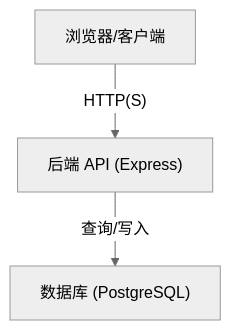
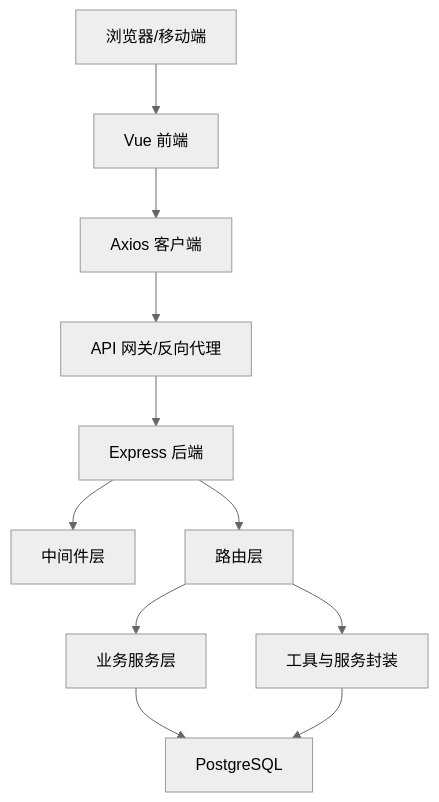
One commit to Juny09/inventory_system changed the second of 7 diagrams in .qoder/repowiki/zh/content/系统架构/系统架构.md. Above: the diagram before and after it, drawn with Mermaid (neutral theme). The commit also changed other lines of this file and 171 other files, not shown here.

````diff
--- a/.qoder/repowiki/zh/content/系统架构/系统架构.md
+++ b/.qoder/repowiki/zh/content/系统架构/系统架构.md
@@ -120,8 +130,23 @@
 ```mermaid
 graph TB
-FE["浏览器/客户端"]
-API["后端 API (Express)"]
-DB["数据库 (PostgreSQL)"]
-FE --> |"HTTP(S)"| API
-API --> |"查询/写入"| DB
+UI["浏览器/移动端"]
+FE["Vue 前端"]
+AX["Axios 客户端"]
+GW["API 网关/反向代理"]
+BE["Express 后端"]
+MW["中间件层"]
+RT["路由层"]
+SVC["业务服务层"]
+UTL["工具与服务封装"]
+DB["PostgreSQL"]
+UI --> FE
+FE --> AX
+AX --> GW
+GW --> BE
+BE --> MW
+BE --> RT
+RT --> SVC
+RT --> UTL
+SVC --> DB
+UTL --> DB
 ```
````
